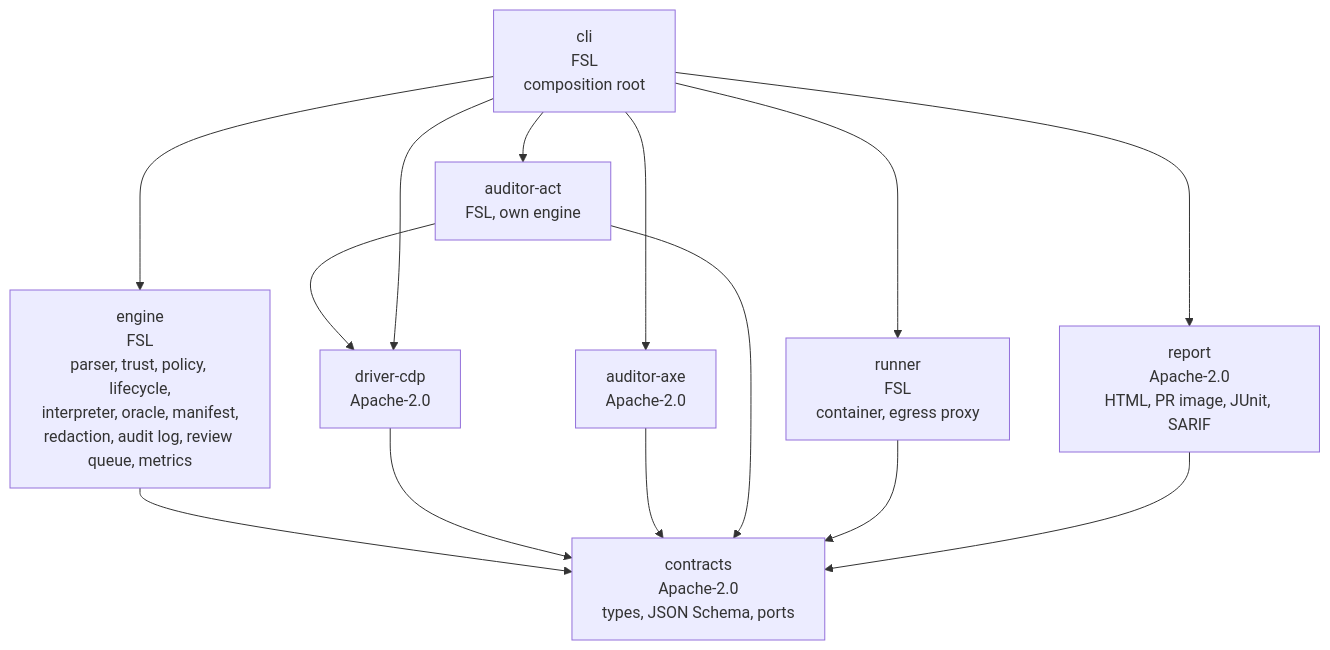
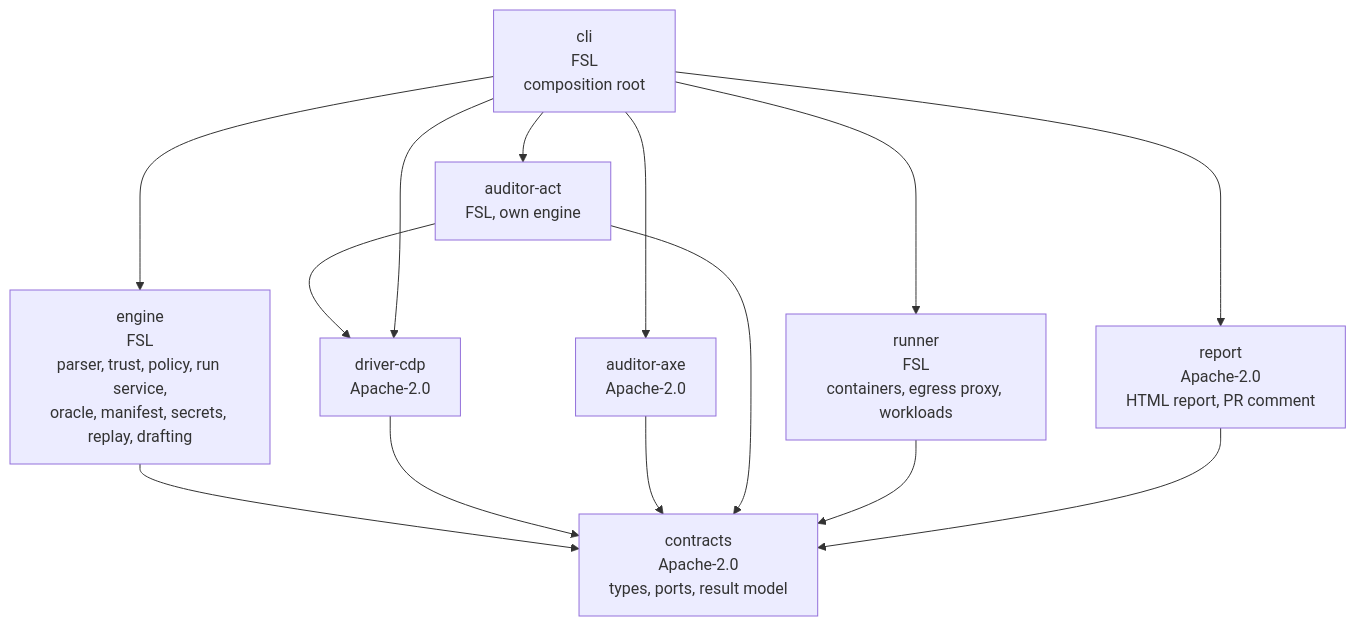
The second of 5 diagrams in docs/system-design.md (naovixen/revisum), drawn with Mermaid before and after one commit. The commit also changed other lines of this file and 2 other files, not shown here.

First line of the commit message:
Document the architecture as built, and record the refactor's decisions

````diff
--- a/docs/system-design.md
+++ b/docs/system-design.md
@@ -79,19 +79,19 @@
 ```mermaid
 flowchart TB
-  contracts[contracts<br/>Apache-2.0<br/>types, JSON Schema, ports]
-  engine[engine<br/>FSL<br/>parser, trust, policy, lifecycle,<br/>interpreter, oracle, manifest,<br/>redaction, audit log, review queue, metrics]
+  contracts[contracts<br/>Apache-2.0<br/>types, ports, result model]
+  engine[engine<br/>FSL<br/>parser, trust, policy, run service,<br/>oracle, manifest, secrets, replay, drafting]
   cdp[driver-cdp<br/>Apache-2.0]
   axe[auditor-axe<br/>Apache-2.0]
   act[auditor-act<br/>FSL, own engine]
-  runner[runner<br/>FSL<br/>container, egress proxy]
-  report[report<br/>Apache-2.0<br/>HTML, PR image, JUnit, SARIF]
+  runner[runner<br/>FSL<br/>containers, egress proxy, workloads]
+  report[report<br/>Apache-2.0<br/>HTML report, PR comment]
   cli[cli<br/>FSL<br/>composition root]
   engine --> contracts
   cdp --> contracts
   axe --> contracts
   act --> contracts
   act --> cdp
   runner --> contracts
   report --> contracts
   cli --> engine & cdp & axe & act & runner & report
 ```
````
